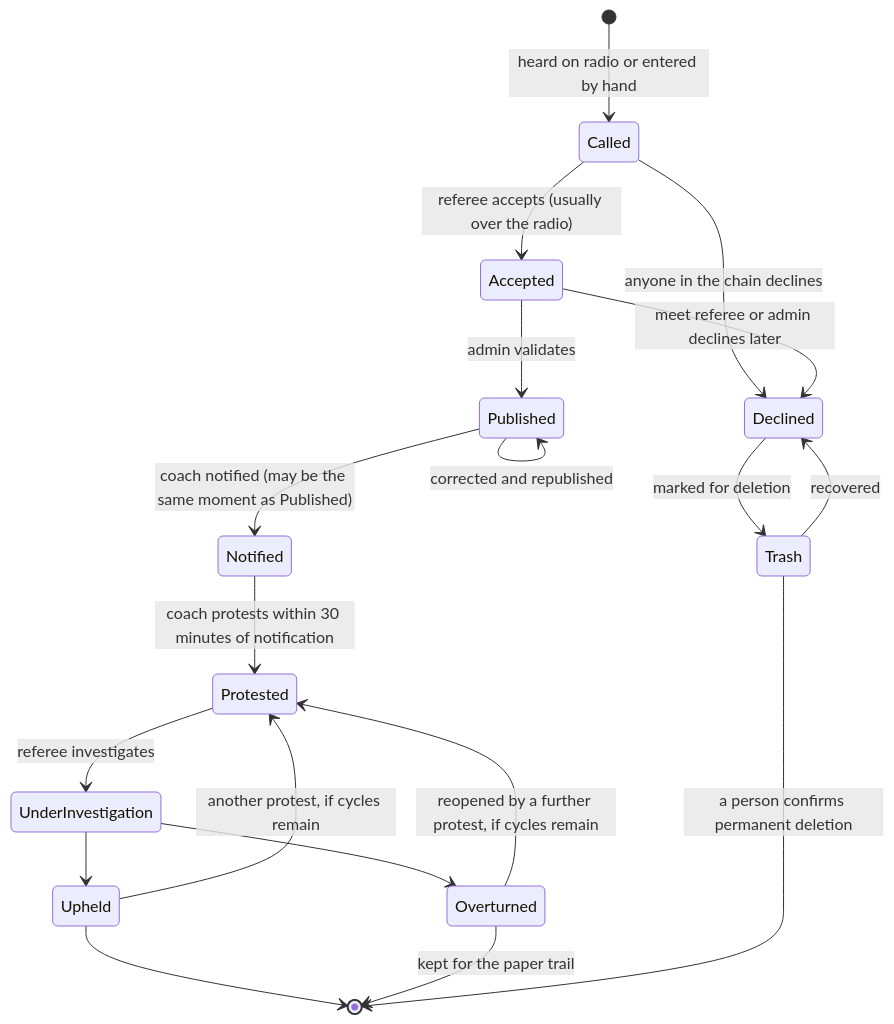
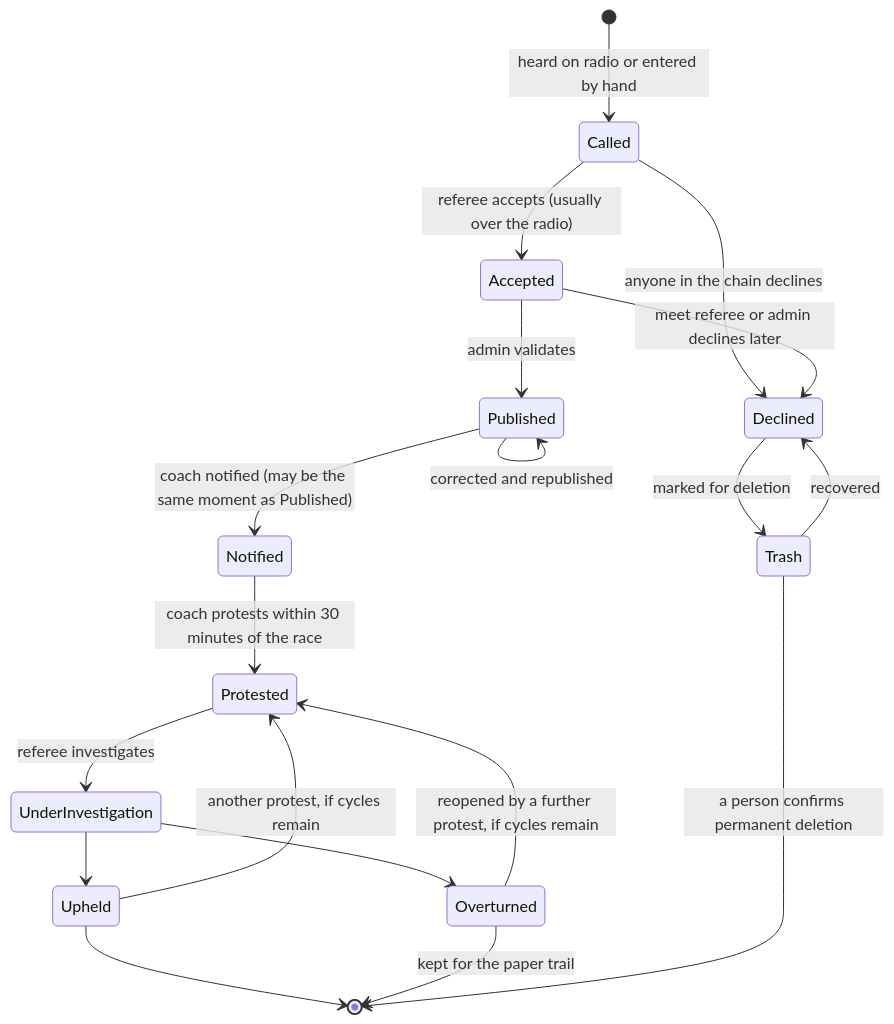
One commit to mizraith/dq_transcribe changed the third of 3 diagrams in ai_docs/product_plan.md. Above: the diagram before and after it, drawn with Mermaid. The commit also changed other lines of this file and 1 other file, not shown here.

First line of the commit message:
Plan: race-based protest clock, call-fragment linking problem, list-by-event output

````diff
--- a/ai_docs/product_plan.md
+++ b/ai_docs/product_plan.md
@@ -178,21 +182,21 @@
 ```mermaid
 stateDiagram-v2
     [*] --> Called: heard on radio or entered by hand
     Called --> Accepted: referee accepts (usually over the radio)
     Called --> Declined: anyone in the chain declines
     Accepted --> Declined: meet referee or admin declines later
     Accepted --> Published: admin validates
     Published --> Notified: coach notified (may be the same moment as Published)
-    Notified --> Protested: coach protests within 30 minutes of notification
+    Notified --> Protested: coach protests within 30 minutes of the race
     Protested --> UnderInvestigation: referee investigates
     UnderInvestigation --> Upheld
     UnderInvestigation --> Overturned
     Upheld --> Protested: another protest, if cycles remain
     Upheld --> [*]
     Overturned --> Protested: reopened by a further protest, if cycles remain
     Overturned --> [*]: kept for the paper trail
     Declined --> Trash: marked for deletion
     Trash --> Declined: recovered
     Trash --> [*]: a person confirms permanent deletion
     Published --> Published: corrected and republished
 ```
````
